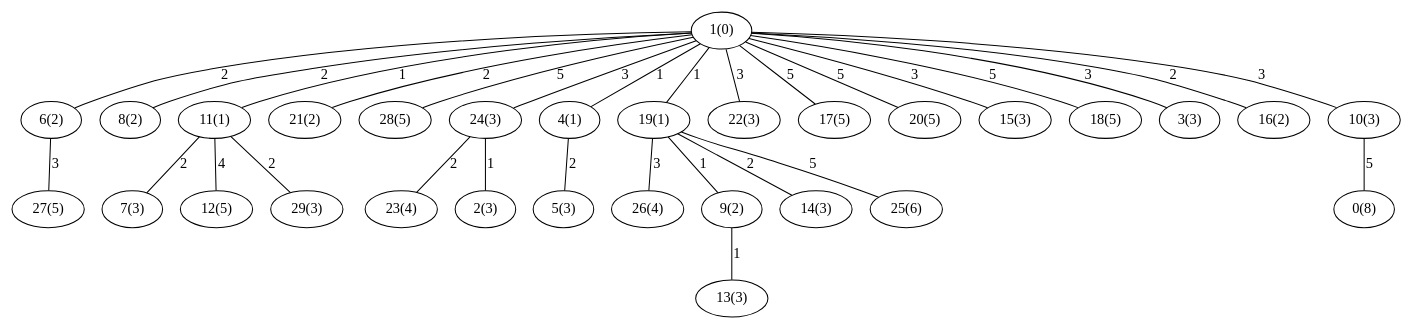
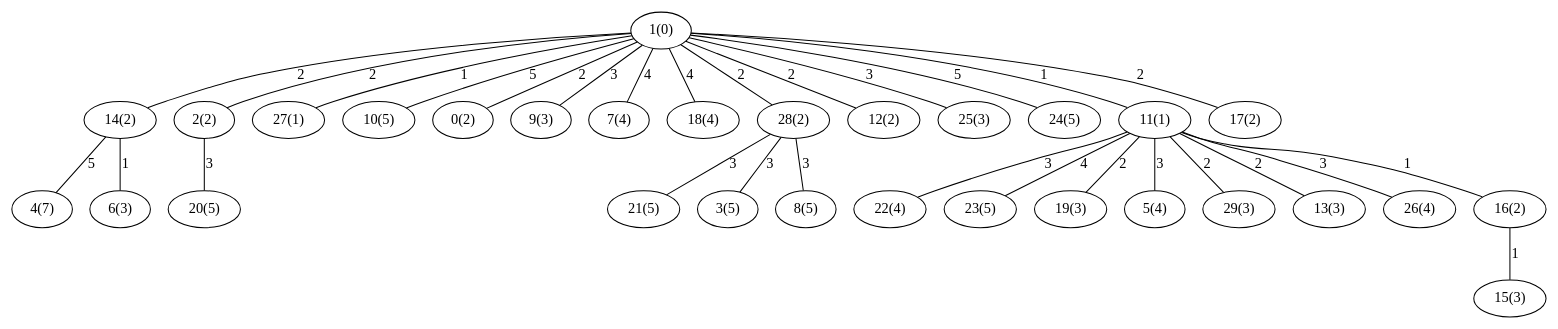
The diagram in Dijkstra_Geo3030.gv (saradejesuss/GenerarGrafos), drawn with Graphviz before and after one commit. The commit also changed 8 other files, not shown here.

```diff
--- a/Dijkstra_Geo3030.gv
+++ b/Dijkstra_Geo3030.gv
@@ -1,61 +1,61 @@
 graph{
-   7 [label="7(3)"];
+   21 [label="21(5)"];
+   14 [label="14(2)"];
+   2 [label="2(2)"];
+   22 [label="22(4)"];
+   3 [label="3(5)"];
+   27 [label="27(1)"];
+   10 [label="10(5)"];
+   23 [label="23(5)"];
+   4 [label="4(7)"];
+   0 [label="0(2)"];
+   19 [label="19(3)"];
+   9 [label="9(3)"];
+   5 [label="5(4)"];
+   7 [label="7(4)"];
    1 [label="1(0)"];
-   0 [label="0(8)"];
-   6 [label="6(2)"];
-   8 [label="8(2)"];
-   11 [label="11(1)"];
-   21 [label="21(2)"];
-   28 [label="28(5)"];
-   24 [label="24(3)"];
-   12 [label="12(5)"];
-   5 [label="5(3)"];
-   23 [label="23(4)"];
-   4 [label="4(1)"];
-   19 [label="19(1)"];
+   18 [label="18(4)"];
+   29 [label="29(3)"];
+   20 [label="20(5)"];
+   28 [label="28(2)"];
    13 [label="13(3)"];
    26 [label="26(4)"];
-   29 [label="29(3)"];
-   22 [label="22(3)"];
-   17 [label="17(5)"];
-   9 [label="9(2)"];
-   20 [label="20(5)"];
+   6 [label="6(3)"];
+   12 [label="12(2)"];
+   25 [label="25(3)"];
+   24 [label="24(5)"];
+   16 [label="16(2)"];
+   8 [label="8(5)"];
+   11 [label="11(1)"];
+   17 [label="17(2)"];
    15 [label="15(3)"];
-   14 [label="14(3)"];
-   2 [label="2(3)"];
-   27 [label="27(5)"];
-   18 [label="18(5)"];
-   3 [label="3(3)"];
-   25 [label="25(6)"];
-   16 [label="16(2)"];
-   10 [label="10(3)"];
-   1 -- 3 [label="3"];
-   1 -- 18 [label="5"];
-   1 -- 6 [label="2"];
-   1 -- 10 [label="3"];
-   11 -- 7 [label="2"];
-   1 -- 16 [label="2"];
-   10 -- 0 [label="5"];
+   1 -- 24 [label="5"];
+   1 -- 12 [label="2"];
+   11 -- 16 [label="1"];
+   1 -- 17 [label="2"];
+   28 -- 3 [label="3"];
+   1 -- 11 [label="1"];
+   28 -- 21 [label="3"];
+   1 -- 14 [label="2"];
+   1 -- 2 [label="2"];
+   11 -- 22 [label="3"];
+   14 -- 6 [label="1"];
+   2 -- 20 [label="3"];
+   1 -- 27 [label="1"];
+   1 -- 10 [label="5"];
+   11 -- 26 [label="3"];
+   14 -- 4 [label="5"];
+   11 -- 23 [label="4"];
+   16 -- 15 [label="1"];
+   1 -- 9 [label="3"];
+   1 -- 0 [label="2"];
+   1 -- 18 [label="4"];
+   11 -- 19 [label="2"];
+   1 -- 7 [label="4"];
+   11 -- 5 [label="3"];
    11 -- 29 [label="2"];
-   1 -- 8 [label="2"];
-   1 -- 24 [label="3"];
-   1 -- 11 [label="1"];
-   6 -- 27 [label="3"];
-   1 -- 28 [label="5"];
-   11 -- 12 [label="4"];
-   1 -- 21 [label="2"];
-   1 -- 4 [label="1"];
-   9 -- 13 [label="1"];
-   1 -- 19 [label="1"];
-   19 -- 26 [label="3"];
-   4 -- 5 [label="2"];
-   1 -- 22 [label="3"];
-   1 -- 17 [label="5"];
-   19 -- 9 [label="1"];
-   24 -- 23 [label="2"];
-   1 -- 20 [label="5"];
-   24 -- 2 [label="1"];
-   1 -- 15 [label="3"];
-   19 -- 14 [label="2"];
-   19 -- 25 [label="5"];
+   1 -- 25 [label="3"];
+   1 -- 28 [label="2"];
+   28 -- 8 [label="3"];
+   11 -- 13 [label="2"];
 }
```
